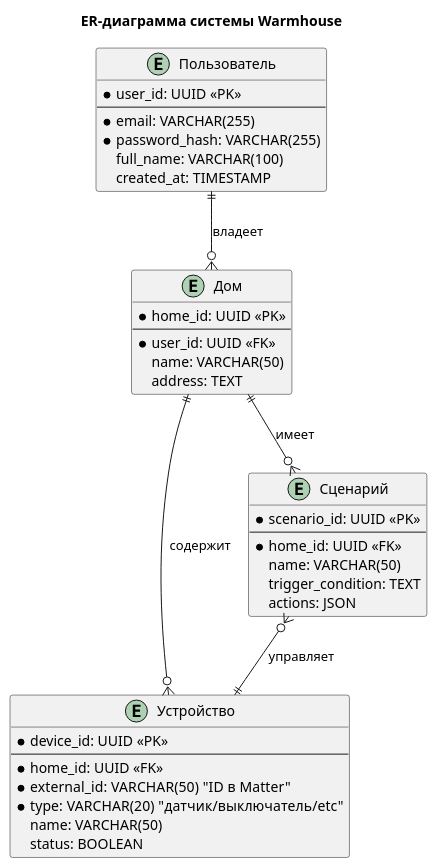
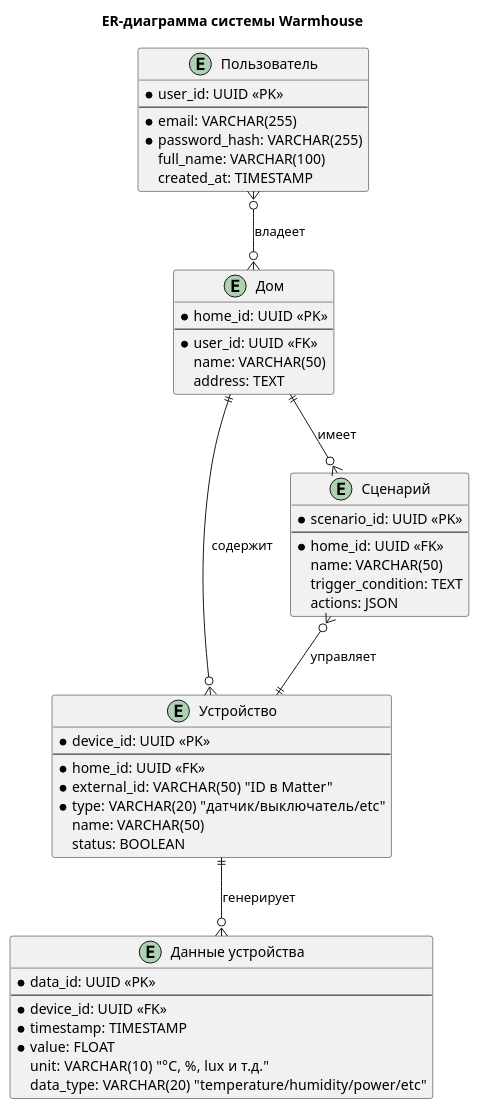
Before and after one commit to Super-Cereal/arch-warmhouse: the diagram in docs/architecture/ER_diagram.puml, drawn with PlantUML. The commit also changed 2 other files, not shown here.

```diff
--- a/docs/architecture/ER_diagram.puml
+++ b/docs/architecture/ER_diagram.puml
@@ -1,46 +1,58 @@
 @startuml ER_Diagram_Warmhouse
 title ER-диаграмма системы Warmhouse
 
 ' Сущности
 entity "Пользователь" as User {
   *user_id: UUID <<PK>>
   --
   *email: VARCHAR(255)
   *password_hash: VARCHAR(255)
   full_name: VARCHAR(100)
   created_at: TIMESTAMP
 }
 
 entity "Дом" as Home {
   *home_id: UUID <<PK>>
   --
   *user_id: UUID <<FK>>
   name: VARCHAR(50)
   address: TEXT
 }
 
 entity "Устройство" as Device {
   *device_id: UUID <<PK>>
   --
   *home_id: UUID <<FK>>
   *external_id: VARCHAR(50)  "ID в Matter"
   *type: VARCHAR(20)  "датчик/выключатель/etc"
   name: VARCHAR(50)
   status: BOOLEAN
 }
 
 entity "Сценарий" as Scenario {
   *scenario_id: UUID <<PK>>
   --
   *home_id: UUID <<FK>>
   name: VARCHAR(50)
   trigger_condition: TEXT
   actions: JSON
 }
 
-User ||--o{ Home : "владеет"
+entity "Данные устройства" as DeviceData {
+  *data_id: UUID <<PK>>
+  --
+  *device_id: UUID <<FK>>
+  *timestamp: TIMESTAMP
+  *value: FLOAT
+  unit: VARCHAR(10)  "°C, %, lux и т.д."
+  data_type: VARCHAR(20)  "temperature/humidity/power/etc"
+}
+
+' Связи
+User }o--o{ Home : "владеет"
 Home ||--o{ Device : "содержит"
 Home ||--o{ Scenario : "имеет"
 Scenario }o--|| Device : "управляет"
+Device ||--o{ DeviceData : "генерирует"
 
 @enduml
```
